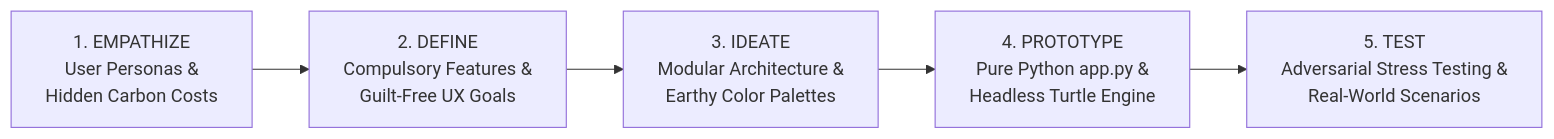
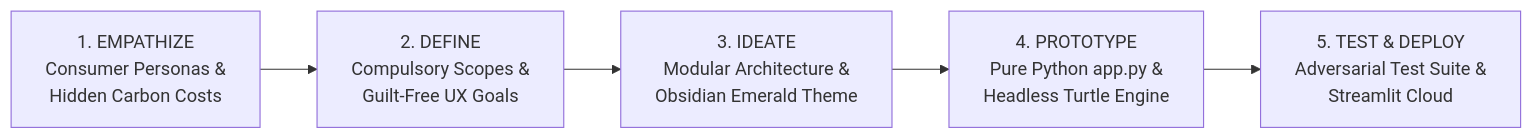
Before and after one commit to parthibcpana/IDAI102-1000544-PARTH-PARVINBHAI-GAJERA-SA: the second of 7 diagrams in README.md, drawn with Mermaid. The commit also changed other lines of this file and 3 other files, not shown here.

Commit message:
docs(SA): elevate documentation with centered layout, rich diagrams, and screenshot gallery

````diff
--- a/README.md
+++ b/README.md
@@ -71,7 +92,7 @@
 ```mermaid
 flowchart LR
-    E["1. EMPATHIZE<br>User Personas &<br>Hidden Carbon Costs"] --> D["2. DEFINE<br>Compulsory Features &<br>Guilt-Free UX Goals"]
-    D --> I["3. IDEATE<br>Modular Architecture &<br>Earthy Color Palettes"]
+    E["1. EMPATHIZE<br>Consumer Personas &<br>Hidden Carbon Costs"] --> D["2. DEFINE<br>Compulsory Scopes &<br>Guilt-Free UX Goals"]
+    D --> I["3. IDEATE<br>Modular Architecture &<br>Obsidian Emerald Theme"]
     I --> P["4. PROTOTYPE<br>Pure Python app.py &<br>Headless Turtle Engine"]
-    P --> T["5. TEST<br>Adversarial Stress Testing &<br>Real-World Scenarios"]
+    P --> T["5. TEST & DEPLOY<br>Adversarial Test Suite &<br>Streamlit Cloud"]
 ```
````
